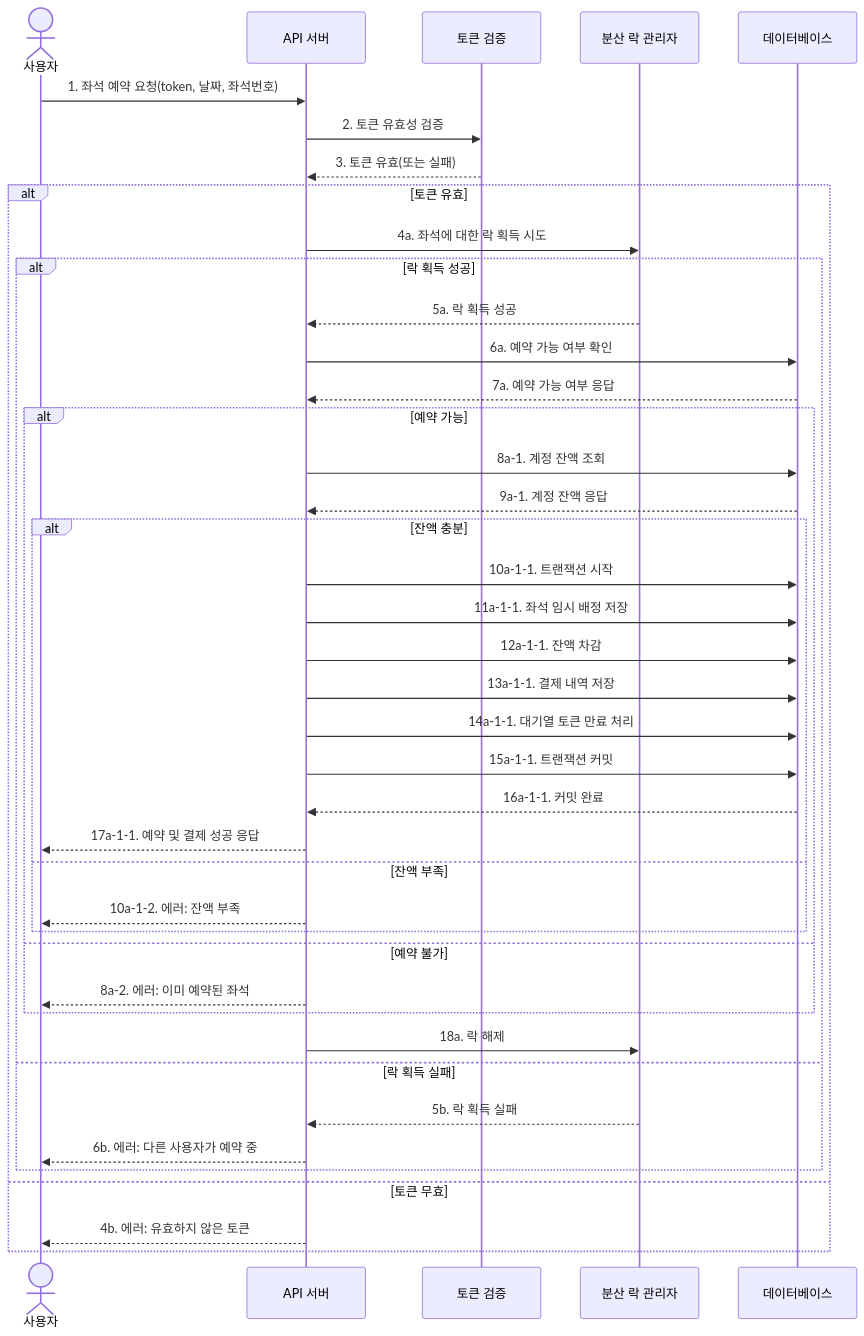
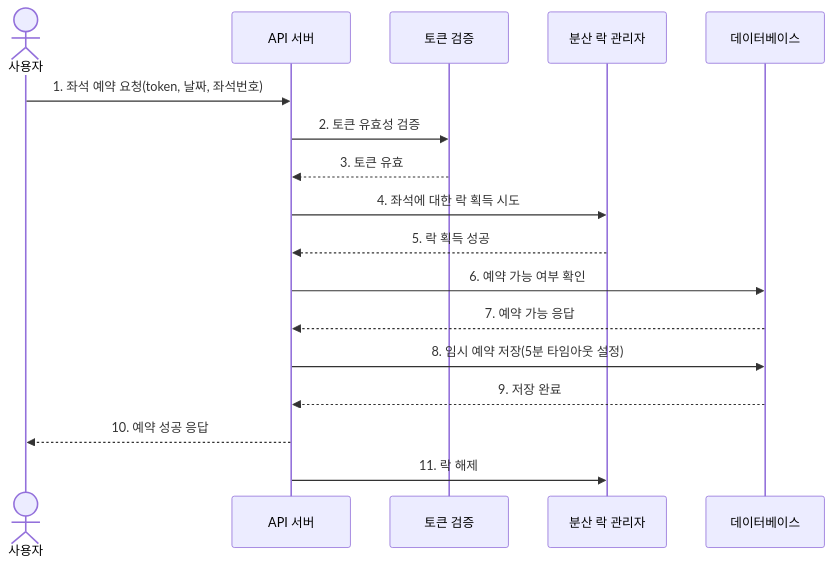
The third of 9 diagrams in docs/architecture.md (emptycircle26/hhplus-server-kotlin), drawn with Mermaid before and after one commit. The commit also changed other lines of this file, not shown here.

Commit message:
[DOC] add payment API documentation and update reservation request flow

````diff
--- a/docs/architecture.md
+++ b/docs/architecture.md
@@ -159,48 +173,20 @@
 ```mermaid
 sequenceDiagram
     actor 사용자
     participant API as API 서버
     participant Auth as 토큰 검증
     participant Lock as 분산 락 관리자
     participant DB as 데이터베이스
 
     사용자->>API: 1. 좌석 예약 요청(token, 날짜, 좌석번호)
     API->>Auth: 2. 토큰 유효성 검증
-    Auth-->>API: 3. 토큰 유효(또는 실패)
-    
-    alt 토큰 유효
-        API->>Lock: 4a. 좌석에 대한 락 획득 시도
-        alt 락 획득 성공
-            Lock-->>API: 5a. 락 획득 성공
-            API->>DB: 6a. 예약 가능 여부 확인
-            DB-->>API: 7a. 예약 가능 여부 응답
-            
-            alt 예약 가능
-                API->>DB: 8a-1. 계정 잔액 조회
-                DB-->>API: 9a-1. 계정 잔액 응답
-                
-                alt 잔액 충분
-                    API->>DB: 10a-1-1. 트랜잭션 시작
-                    API->>DB: 11a-1-1. 좌석 임시 배정 저장
-                    API->>DB: 12a-1-1. 잔액 차감
-                    API->>DB: 13a-1-1. 결제 내역 저장
-                    API->>DB: 14a-1-1. 대기열 토큰 만료 처리
-                    API->>DB: 15a-1-1. 트랜잭션 커밋
-                    DB-->>API: 16a-1-1. 커밋 완료
-                    API-->>사용자: 17a-1-1. 예약 및 결제 성공 응답
-                else 잔액 부족
-                    API-->>사용자: 10a-1-2. 에러: 잔액 부족
-                end
-            else 예약 불가
-                API-->>사용자: 8a-2. 에러: 이미 예약된 좌석
-            end
-            
-            API->>Lock: 18a. 락 해제
-        else 락 획득 실패
-            Lock-->>API: 5b. 락 획득 실패
-            API-->>사용자: 6b. 에러: 다른 사용자가 예약 중
-        end
-    else 토큰 무효
-        API-->>사용자: 4b. 에러: 유효하지 않은 토큰
-    end
+    Auth-->>API: 3. 토큰 유효
+    API->>Lock: 4. 좌석에 대한 락 획득 시도
+    Lock-->>API: 5. 락 획득 성공
+    API->>DB: 6. 예약 가능 여부 확인
+    DB-->>API: 7. 예약 가능 응답
+    API->>DB: 8. 임시 예약 저장(5분 타임아웃 설정)
+    DB-->>API: 9. 저장 완료
+    API-->>사용자: 10. 예약 성공 응답
+    API->>Lock: 11. 락 해제
 ```
````
